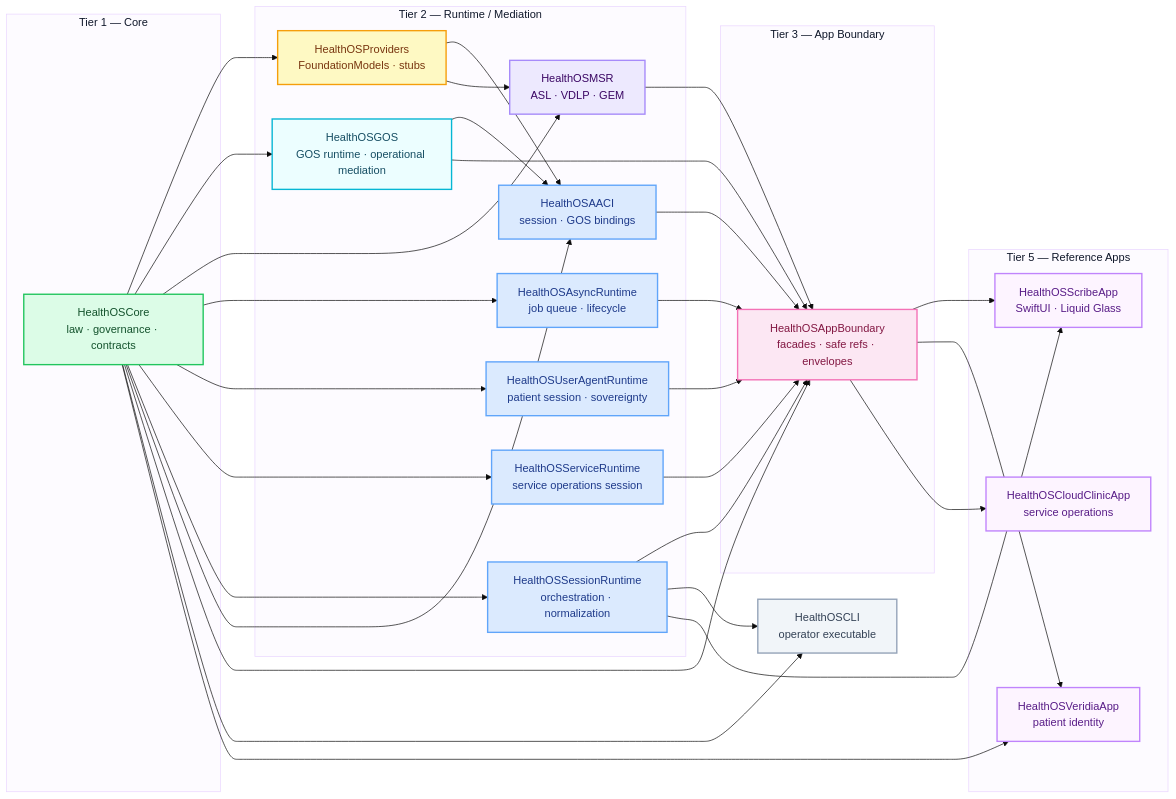
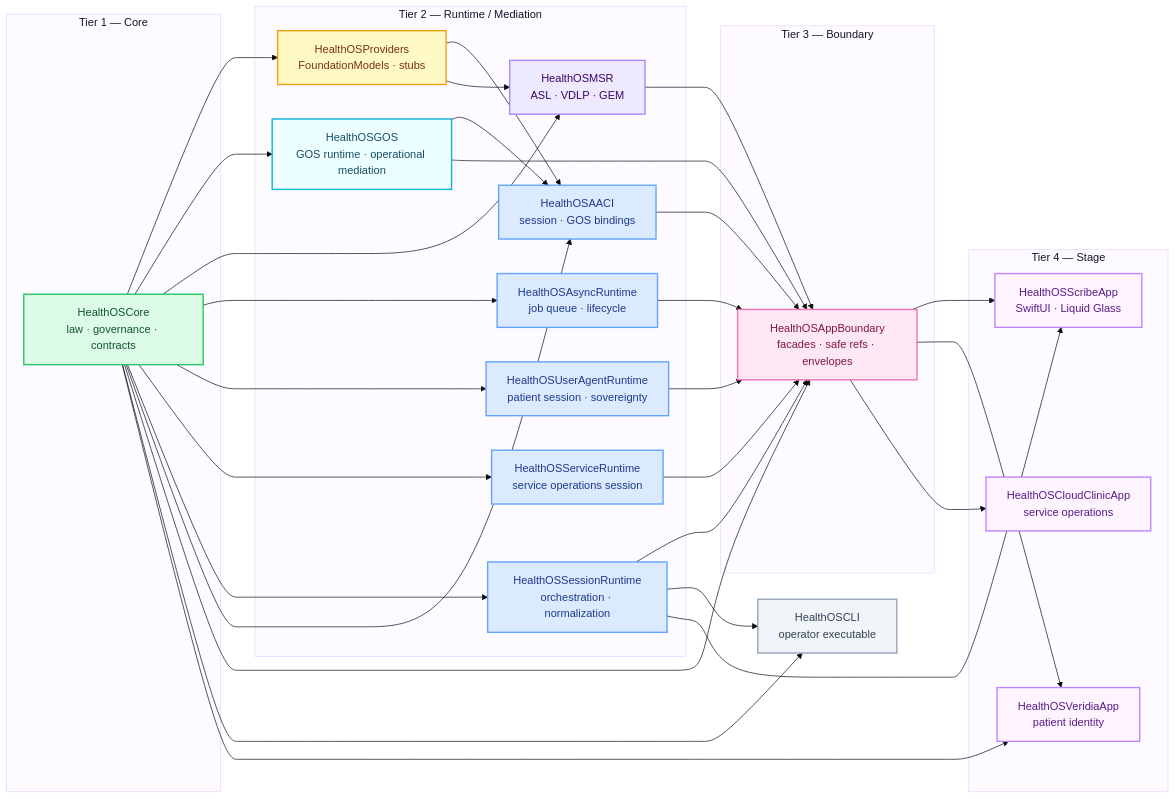
The fourth of 12 diagrams in README.md (myselfgus/HealthOScaffold), drawn with Mermaid before and after one commit. The commit also changed other lines of this file and 75 other files, not shown here.

````diff
--- a/README.md
+++ b/README.md
@@ -244,50 +262,50 @@
 ```mermaid
 %%{init: {'theme': 'base', 'themeVariables': {'primaryColor': '#f8f4ff', 'primaryBorderColor': '#c4b5fd', 'primaryTextColor': '#3b0764', 'clusterBkg': '#fdfbff', 'clusterBorder': '#e9d5ff', 'titleColor': '#0f172a', 'edgeLabelBackground': '#fdf8ff', 'fontFamily': 'ui-sans-serif, system-ui, -apple-system'}}}%%
 graph LR
     classDef core     fill:#dcfce7,stroke:#22c55e,stroke-width:2px,color:#14532d
     classDef runtime  fill:#dbeafe,stroke:#60a5fa,stroke-width:2px,color:#1e3a8a
     classDef gos      fill:#ecfeff,stroke:#06b6d4,stroke-width:2px,color:#164e63
     classDef provider fill:#fef9c3,stroke:#f59e0b,stroke-width:2px,color:#78350f
     classDef msr      fill:#ede9fe,stroke:#a78bfa,stroke-width:2px,color:#3b0764
     classDef boundary fill:#fce7f3,stroke:#f472b6,stroke-width:2px,color:#831843
     classDef app      fill:#fdf4ff,stroke:#c084fc,stroke-width:2px,color:#581c87
     classDef cli      fill:#f1f5f9,stroke:#94a3b8,stroke-width:2px,color:#334155
 
     subgraph T1["Tier 1 — Core"]
         CORE[HealthOSCore\nlaw · governance · contracts]:::core
     end
 
     subgraph T2["Tier 2 — Runtime / Mediation"]
         PROV[HealthOSProviders\nFoundationModels · stubs]:::provider
         GOS[HealthOSGOS\nGOS runtime · operational mediation]:::gos
         AACI[HealthOSAACI\nsession · GOS bindings]:::runtime
         MSR[HealthOSMSR\nASL · VDLP · GEM]:::msr
         ASYNC[HealthOSAsyncRuntime\njob queue · lifecycle]:::runtime
         UAR[HealthOSUserAgentRuntime\npatient session · sovereignty]:::runtime
         SVR[HealthOSServiceRuntime\nservice operations session]:::runtime
         SRT[HealthOSSessionRuntime\norchestration · normalization]:::runtime
     end
 
-    subgraph T3["Tier 3 — App Boundary"]
+    subgraph T3["Tier 3 — Boundary"]
         AB[HealthOSAppBoundary\nfacades · safe refs · envelopes]:::boundary
     end
 
-    subgraph T5["Tier 5 — Reference Apps"]
+    subgraph T4["Tier 4 — Stage"]
         SCRIBE[HealthOSScribeApp\nSwiftUI · Liquid Glass]:::app
         VERIDIA[HealthOSVeridiaApp\npatient identity]:::app
         CC[HealthOSCloudClinicApp\nservice operations]:::app
     end
 
     CLI[HealthOSCLI\noperator executable]:::cli
 
     CORE --> PROV & GOS & MSR & ASYNC & UAR & SVR & SRT
     PROV --> AACI & MSR
     GOS --> AACI
     CORE --> AACI
     AACI & MSR & ASYNC & UAR & SVR & SRT --> AB
     GOS & CORE --> AB
     CORE & SRT --> CLI
     AB & SRT --> SCRIBE
     AB & CORE --> VERIDIA
     AB --> CC
 ```
````
